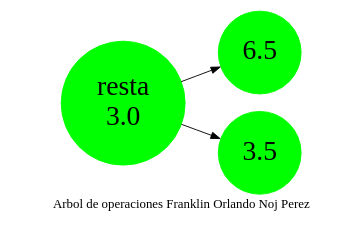
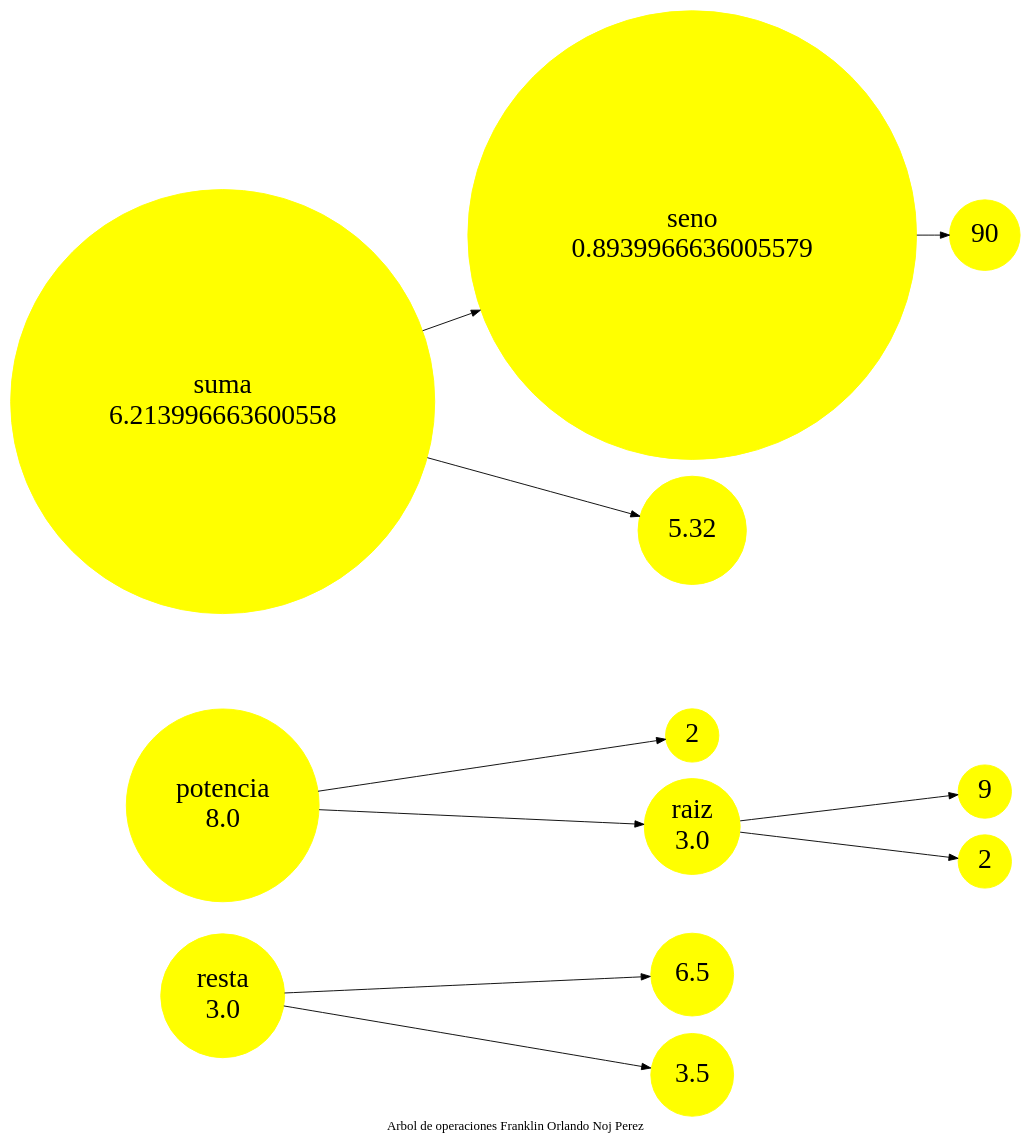
The diagram in bb.dot (FranklinONP/LFP_S2_2023_Proyecto1_202200089), drawn with Graphviz before and after one commit. The commit also changed 7 other files, not shown here.

```diff
--- a/bb.dot
+++ b/bb.dot
@@ -1,10 +1,26 @@
 digraph G {
                     label=" Arbol de operaciones Franklin Orlando Noj Perez"
                     rankdir="LR"
-                    node[style=filled, color=" green", fontcolor=" black", shape=circle, fontsize=30,fontweight="bold"]nodo00[label="resta\n3.0"];
+                    node[style=filled, color=" yellow", fontcolor=" black", shape=circle, fontsize=30,fontweight="bold"]nodo00[label="resta\n3.0"];
 nodo01_left[label="6.5"];
 nodo00 -> nodo01_left;
 nodo01_right[label="3.5"];
 nodo00 -> nodo01_right;
+nodo10[label="potencia\n8.0"];
+nodo11_left[label="2"];
+nodo10 -> nodo11_left;
+nodo11_right[label="raiz\n3.0"];
+nodo12_right_left[label="9"];
+nodo11_right -> nodo12_right_left;
+nodo12_right_right[label="2"];
+nodo11_right -> nodo12_right_right;
+nodo10 -> nodo11_right;
+nodo20[label="suma\n6.213996663600558"];
+nodo21_left[label="seno\n0.8939966636005579"];
+nodo22_left_tri[label="90"];
+nodo21_left -> nodo22_left_tri;
+nodo20 -> nodo21_left;
+nodo21_right[label="5.32"];
+nodo20 -> nodo21_right;
 
 }
```
